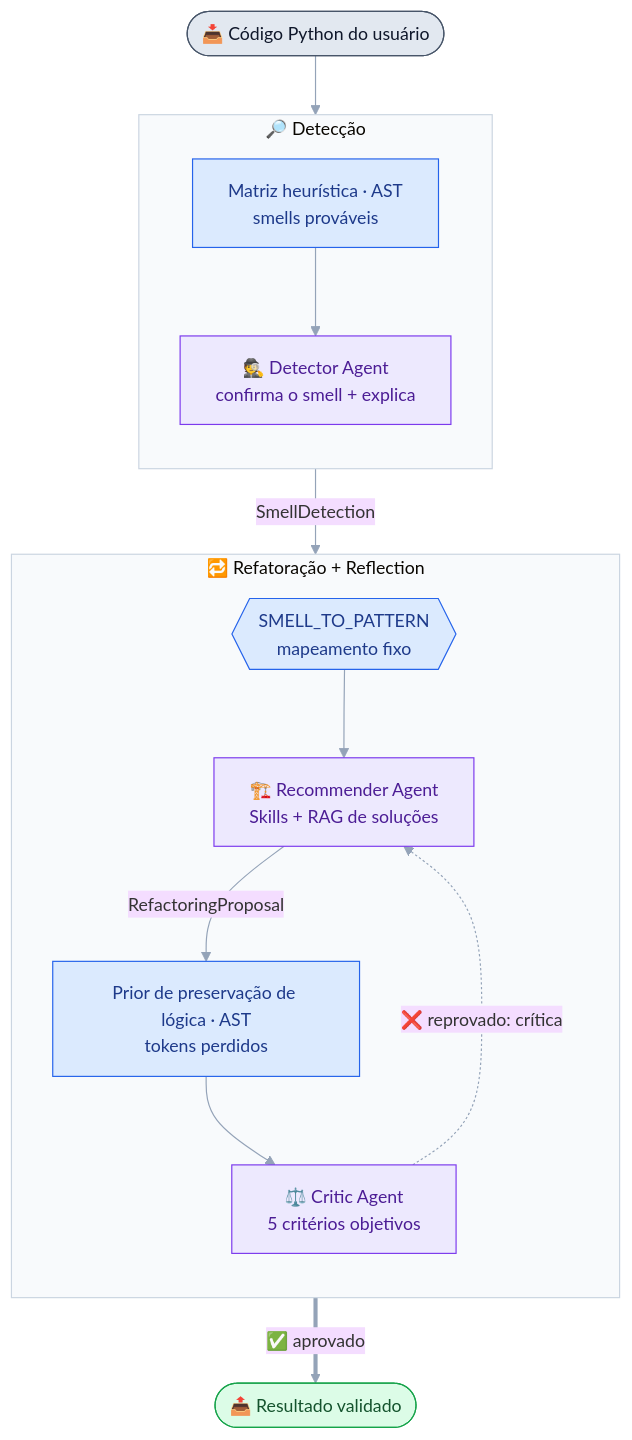
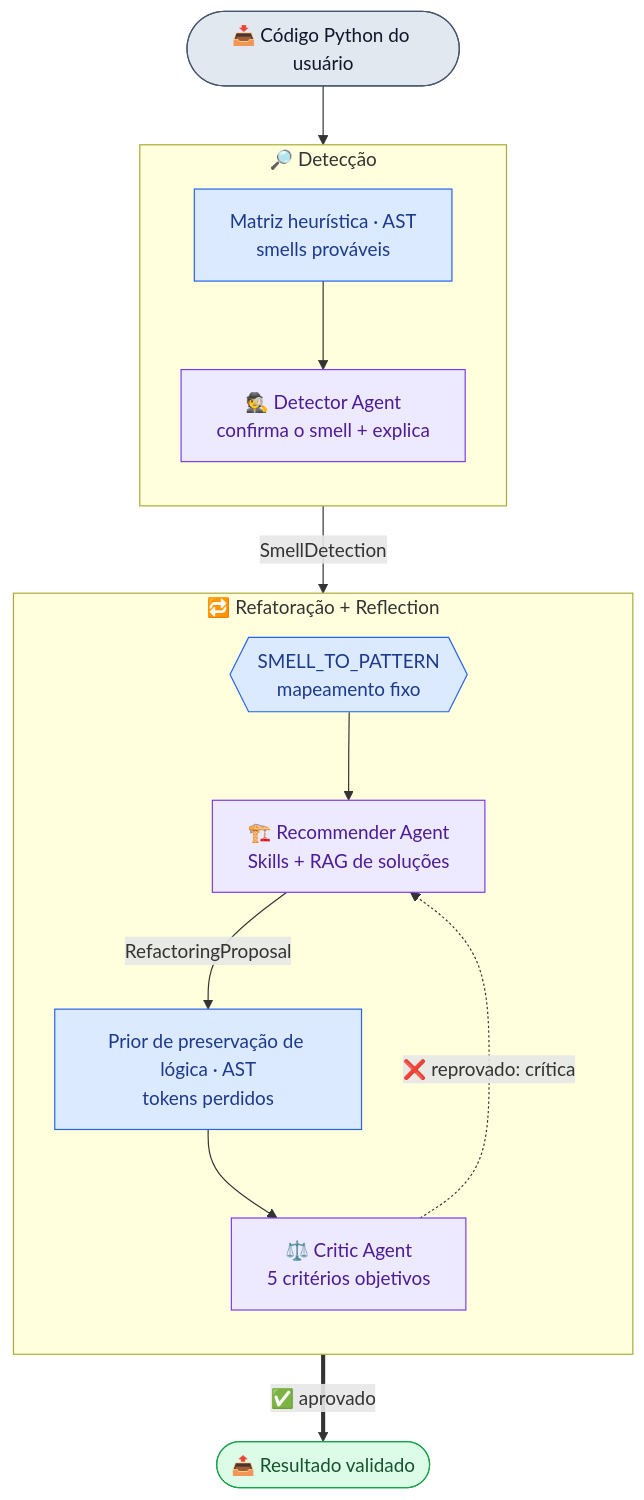
Before and after one commit to jvras58/refactor-os: the diagram in docs/apresentacao/apresentacao.md, drawn with Mermaid.

Commit message:
chore: style apresentacao

````diff
--- a/docs/apresentacao/apresentacao.md
+++ b/docs/apresentacao/apresentacao.md
@@ -60,27 +60,26 @@
 ```mermaid
-%%{init: {'theme':'base','themeVariables':{'fontSize':'15px','lineColor':'#94a3b8','clusterBkg':'#f8fafc','clusterBorder':'#cbd5e1'}}}%%
 flowchart TD
     U([📥 Código Python do usuário]):::io --> H
 
     subgraph DET[" 🔎 Detecção "]
         direction TB
         H[Matriz heurística · AST<br/>smells prováveis]:::det --> D[🕵️ Detector Agent<br/>confirma o smell + explica]:::llm
     end
 
     D -->|SmellDetection| M{{SMELL_TO_PATTERN<br/>mapeamento fixo}}:::det
 
     subgraph REF[" 🔁 Refatoração + Reflection "]
         direction TB
         M --> R[🏗️ Recommender Agent<br/>Skills + RAG de soluções]:::llm
         R -->|RefactoringProposal| L[Prior de preservação de lógica · AST<br/>tokens perdidos]:::det
         L --> C[⚖️ Critic Agent<br/>5 critérios objetivos]:::llm
         C -.->|❌ reprovado: crítica| R
     end
 
     C ==>|✅ aprovado| OUT([📤 Resultado validado]):::ok
 
     classDef io  fill:#e2e8f0,stroke:#475569,color:#0f172a;
     classDef det fill:#dbeafe,stroke:#2563eb,color:#1e3a8a;
     classDef llm fill:#ede9fe,stroke:#7c3aed,color:#4c1d95;
     classDef ok  fill:#dcfce7,stroke:#16a34a,color:#14532d;
 ```
````
